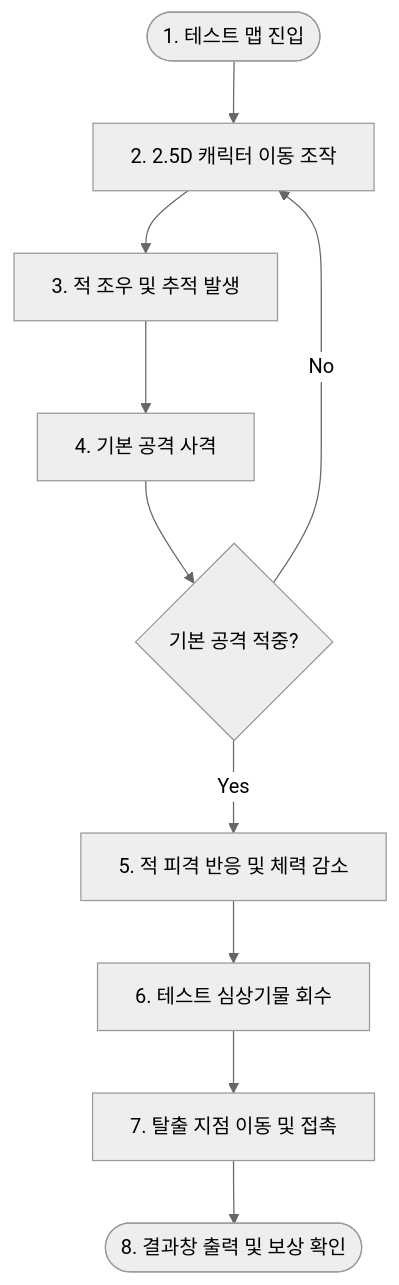
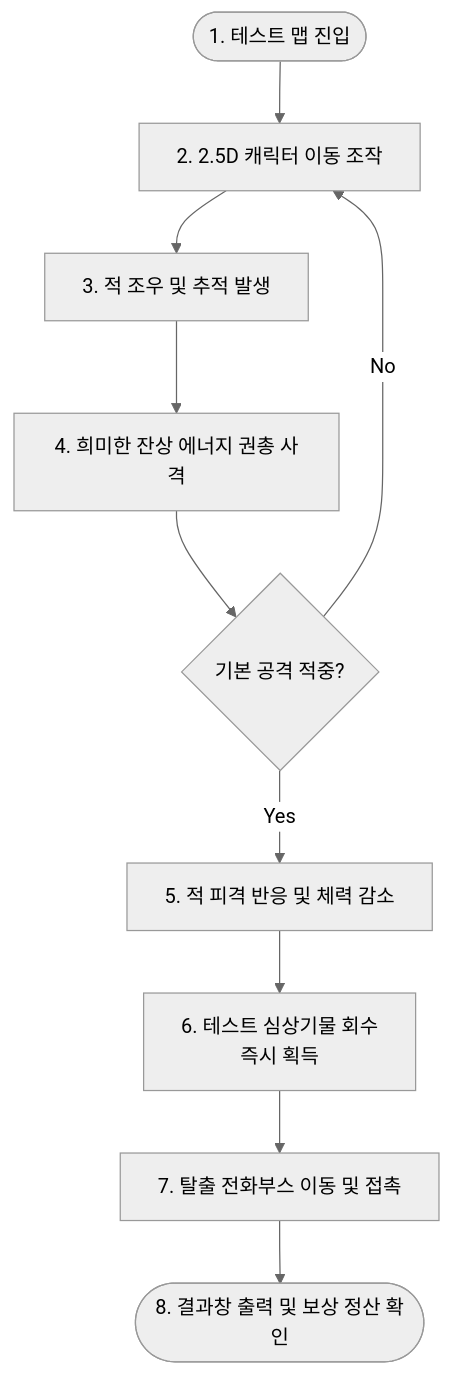
One commit to Jin-o12/Document_LucidDiver changed the first of 2 diagrams in 01.기획_문서/컨셉_기획/프로토타입_기획서_초안.md. Above: the diagram before and after it, drawn with Mermaid (neutral theme). The commit also changed other lines of this file and 6 other files, not shown here.

````diff
--- a/01.기획_문서/컨셉_기획/프로토타입_기획서_초안.md
+++ b/01.기획_문서/컨셉_기획/프로토타입_기획서_초안.md
@@ -32,12 +32,12 @@
 ```mermaid
 flowchart TD
     Start([1. 테스트 맵 진입]) --> Move[2. 2.5D 캐릭터 이동 조작]
     Move --> Detect[3. 적 조우 및 추적 발생]
-    Detect --> Attack[4. 기본 공격 사격]
+    Detect --> Attack[4. 희미한 잔상 에너지 권총 사격]
     Attack --> HitCheck{기본 공격 적중?}
     HitCheck -->|Yes| Hit[5. 적 피격 반응 및 체력 감소]
     HitCheck -->|No| Move
-    Hit --> Loot[6. 테스트 심상기물 회수]
-    Loot --> Escape[7. 탈출 지점 이동 및 접촉]
-    Escape --> Result([8. 결과창 출력 및 보상 확인])
+    Hit --> Loot[6. 테스트 심상기물 회수<br>즉시 획득]
+    Loot --> Escape[7. 탈출 전화부스 이동 및 접촉]
+    Escape --> Result([8. 결과창 출력 및 보상 정산 확인])
 ```
````
